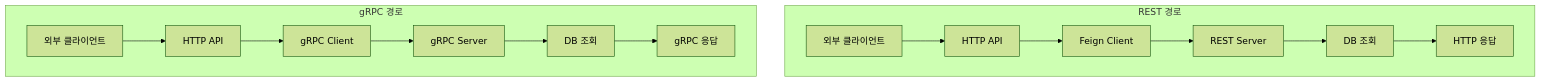
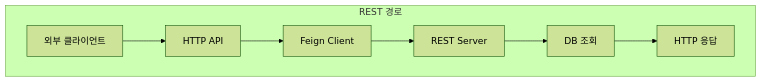
The second of 4 diagrams in README.md (wlsdks/grpc-client-example), drawn with Mermaid (forest theme) before and after one commit. The commit also changed other lines of this file, not shown here.

Commit message:
:memo: 리드미 2차 수정

````diff
--- a/README.md
+++ b/README.md
@@ -118,10 +118,6 @@
 ```mermaid
 graph TB
     subgraph "REST 경로"
         A[외부 클라이언트] --> B[HTTP API] --> C[Feign Client] --> D[REST Server] --> E[DB 조회] --> F[HTTP 응답]
     end
-    
-    subgraph "gRPC 경로"
-        G[외부 클라이언트] --> H[HTTP API] --> I[gRPC Client] --> J[gRPC Server] --> K[DB 조회] --> L[gRPC 응답]
-    end
 ```
````
